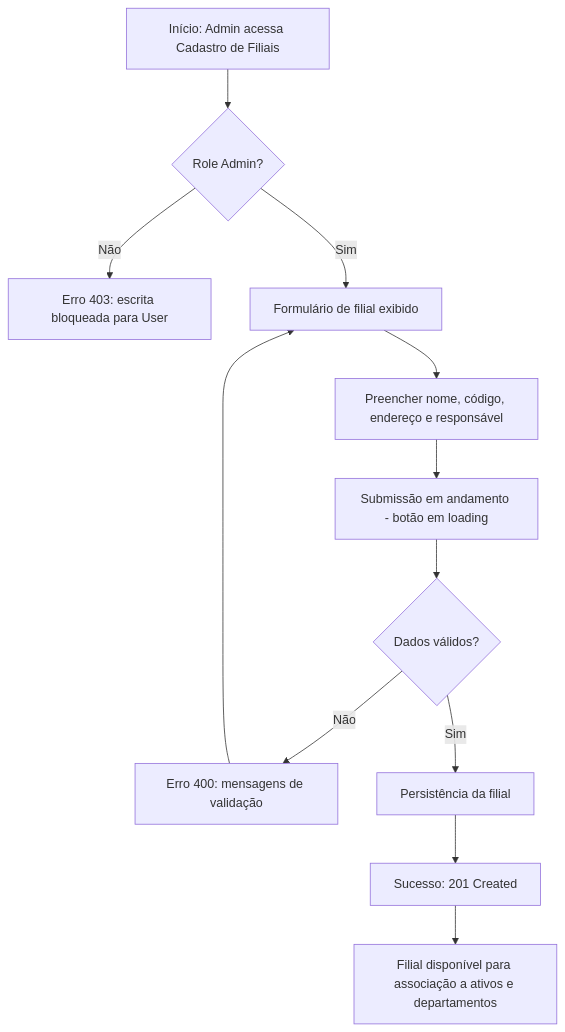
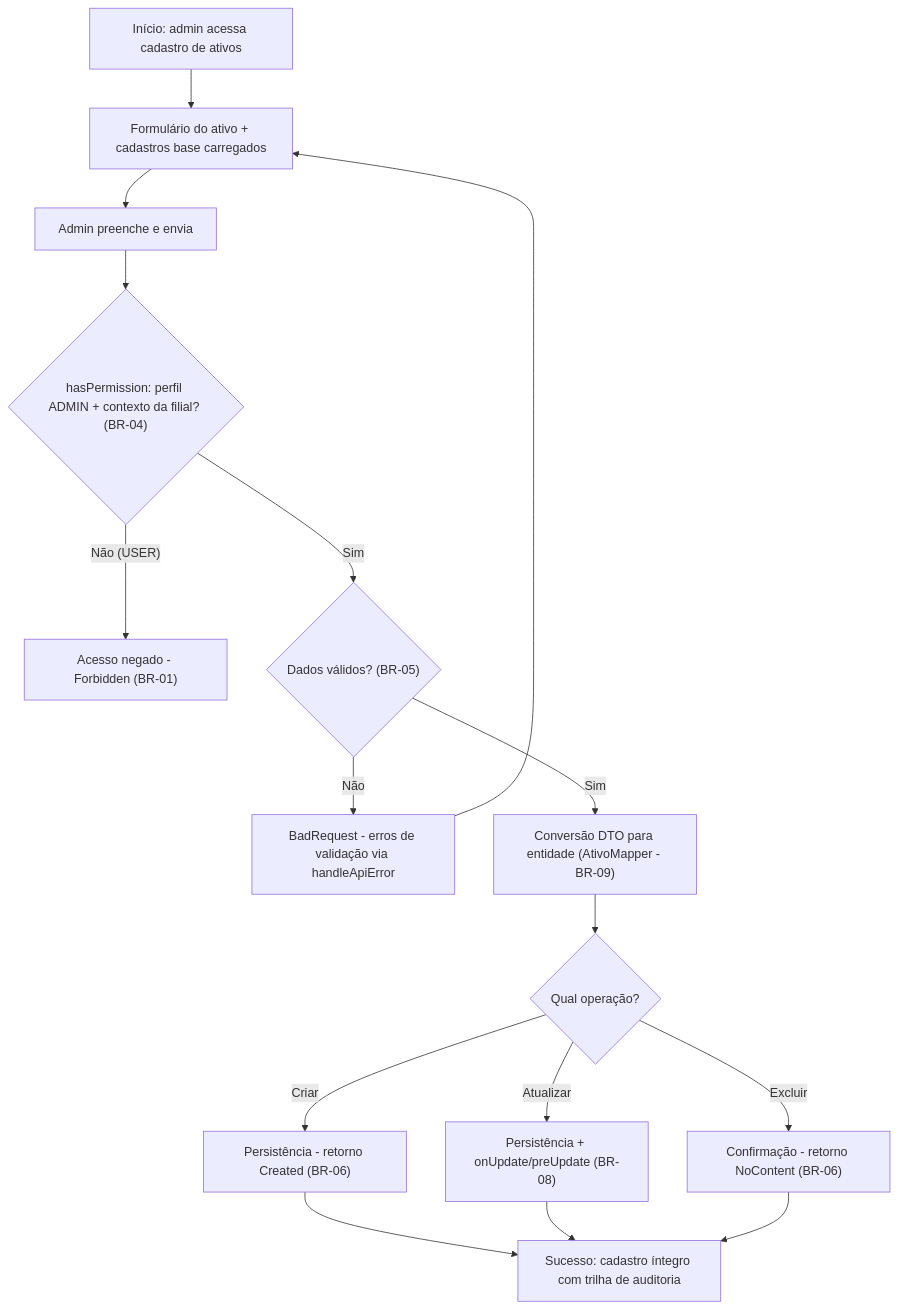
Before and after one commit to diogo-rp-menezes/aegispatrimonio: the second of 6 diagrams in docs/01-discovery/user-flows.md, drawn with Mermaid. The commit also changed other lines of this file and 49 other files, not shown here.

````diff
--- a/docs/01-discovery/user-flows.md
+++ b/docs/01-discovery/user-flows.md
@@ -87,14 +74,18 @@
 ```mermaid
 graph TD
-    A["Início: Admin acessa Cadastro de Filiais"] --> B{"Role Admin?"}
-    B -- "Não" --> C["Erro 403: escrita bloqueada para User"]
-    B -- "Sim" --> D["Formulário de filial exibido"]
-    D --> E["Preencher nome, código, endereço e responsável"]
-    E --> F["Submissão em andamento - botão em loading"]
-    F --> G{"Dados válidos?"}
-    G -- "Não" --> H["Erro 400: mensagens de validação"]
-    H --> D
-    G -- "Sim" --> I["Persistência da filial"]
-    I --> J["Sucesso: 201 Created"]
-    J --> K["Filial disponível para associação a ativos e departamentos"]
+    A["Início: admin acessa cadastro de ativos"] --> B["Formulário do ativo + cadastros base carregados"]
+    B --> C["Admin preenche e envia"]
+    C --> D{"hasPermission: perfil ADMIN + contexto da filial? (BR-04)"}
+    D -- "Não (USER)" --> E["Acesso negado - Forbidden (BR-01)"]
+    D -- "Sim" --> F{"Dados válidos? (BR-05)"}
+    F -- "Não" --> G["BadRequest - erros de validação via handleApiError"]
+    G --> B
+    F -- "Sim" --> H["Conversão DTO para entidade (AtivoMapper - BR-09)"]
+    H --> I{"Qual operação?"}
+    I -- "Criar" --> J["Persistência - retorno Created (BR-06)"]
+    I -- "Atualizar" --> K["Persistência + onUpdate/preUpdate (BR-08)"]
+    I -- "Excluir" --> L["Confirmação - retorno NoContent (BR-06)"]
+    J --> M["Sucesso: cadastro íntegro com trilha de auditoria"]
+    K --> M
+    L --> M
 ```
````
